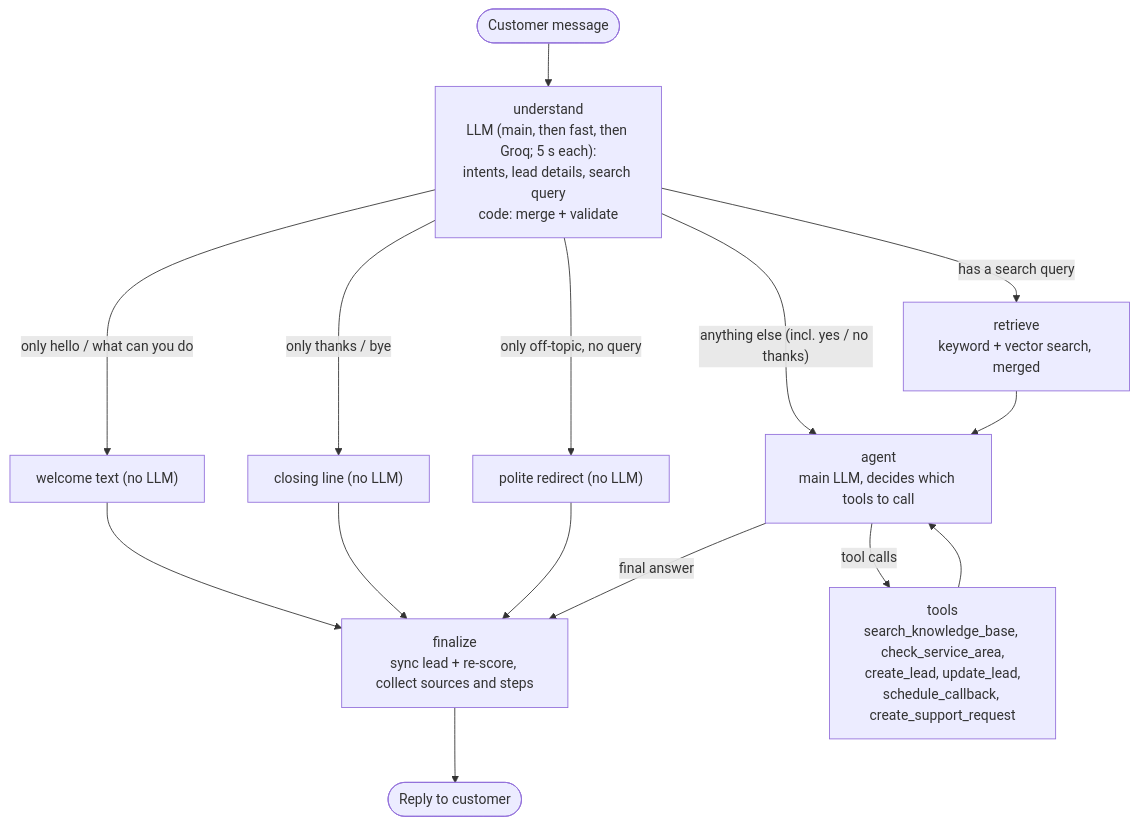
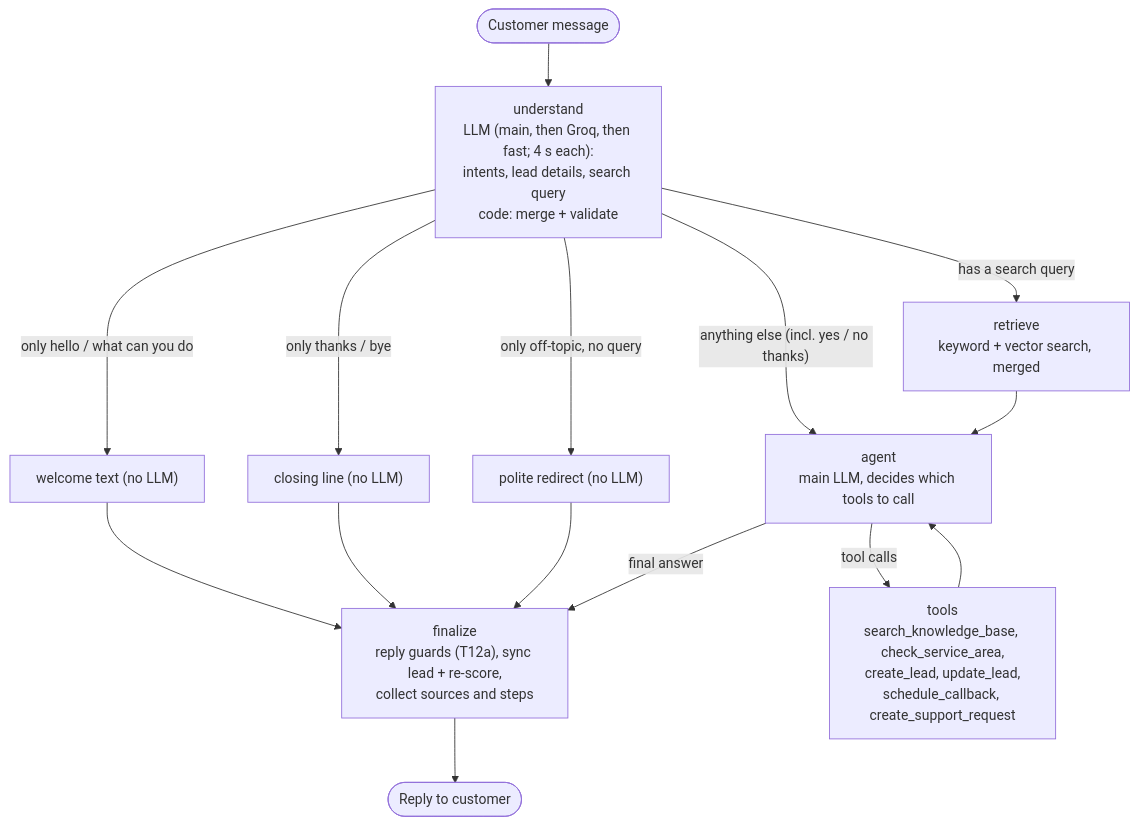
One commit to AdithyaChauhan/vantis-sales-agent changed the second of 2 diagrams in docs/PLAN.md. Above: the diagram before and after it, drawn with Mermaid. The commit also changed other lines of this file and 44 other files, not shown here.

First line of the commit message:
fix(agent): T12a guards for Adithya's 8 problems and fast replies when Google is slow

````diff
--- a/docs/PLAN.md
+++ b/docs/PLAN.md
@@ -91,17 +91,17 @@
 ```mermaid
 flowchart TD
-  msg(["Customer message"]) --> understand["understand<br/>LLM (main, then fast, then Groq; 5 s each):<br/>intents, lead details, search query<br/>code: merge + validate"]
+  msg(["Customer message"]) --> understand["understand<br/>LLM (main, then Groq, then fast; 4 s each):<br/>intents, lead details, search query<br/>code: merge + validate"]
   understand -->|"only hello / what can you do"| welcome["welcome text (no LLM)"]
   understand -->|"only thanks / bye"| closing["closing line (no LLM)"]
   understand -->|"only off-topic, no query"| redirect["polite redirect (no LLM)"]
   welcome --> finalize
   closing --> finalize
   redirect --> finalize
   understand -->|"has a search query"| retrieve["retrieve<br/>keyword + vector search, merged"]
   understand -->|"anything else (incl. yes / no thanks)"| agent
   retrieve --> agent["agent<br/>main LLM, decides which tools to call"]
   agent -->|"tool calls"| tools["tools<br/>search_knowledge_base, check_service_area,<br/>create_lead, update_lead,<br/>schedule_callback, create_support_request"]
   tools --> agent
-  agent -->|"final answer"| finalize["finalize<br/>sync lead + re-score, collect sources and steps"]
+  agent -->|"final answer"| finalize["finalize<br/>reply guards (T12a), sync lead + re-score,<br/>collect sources and steps"]
   finalize --> reply(["Reply to customer"])
 ```
````
